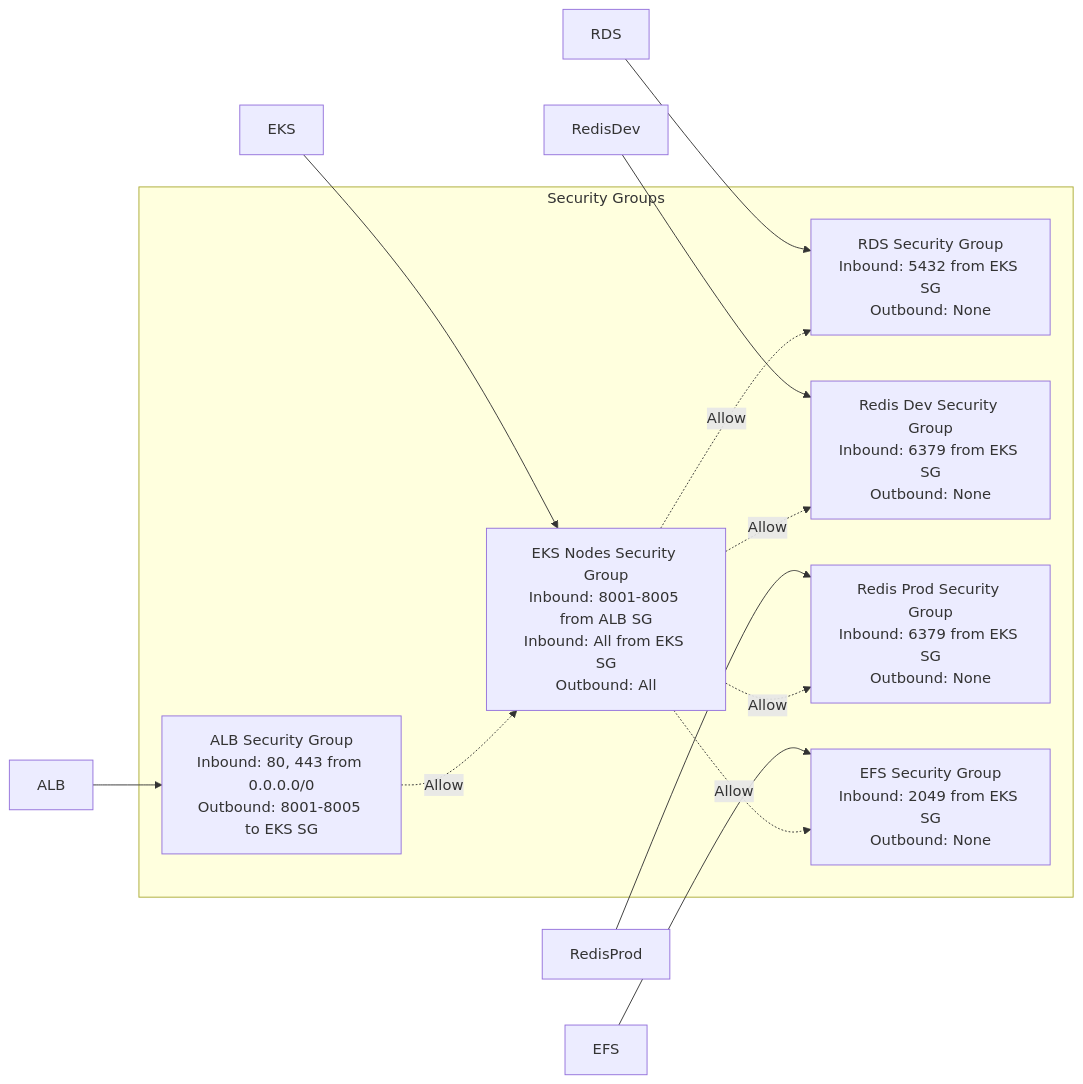
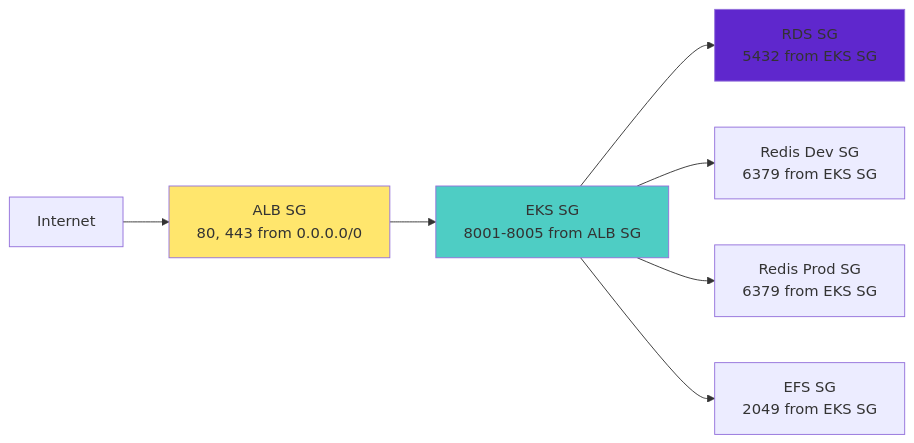
Before and after one commit to Pinksea-AI/InvokeAI: the third of 15 diagrams in docs/final-architecture/01-aws-architecture-diagram.md, drawn with Mermaid. The commit also changed other lines of this file, not shown here.

First line of the commit message:
fix: Simplify Mermaid diagrams in AWS architecture document

````diff
--- a/docs/final-architecture/01-aws-architecture-diagram.md
+++ b/docs/final-architecture/01-aws-architecture-diagram.md
@@ -246,29 +143,13 @@
 ```mermaid
 graph LR
-    subgraph "Security Groups"
-        ALBSG[ALB Security Group<br/>Inbound: 80, 443 from 0.0.0.0/0<br/>Outbound: 8001-8005 to EKS SG]
+    Internet[Internet] --> ALBSG[ALB SG<br/>80, 443 from 0.0.0.0/0]
+    ALBSG --> EKSSG[EKS SG<br/>8001-8005 from ALB SG]
+    EKSSG --> RDSSG[RDS SG<br/>5432 from EKS SG]
+    EKSSG --> RedisDevSG[Redis Dev SG<br/>6379 from EKS SG]
+    EKSSG --> RedisProdSG[Redis Prod SG<br/>6379 from EKS SG]
+    EKSSG --> EFSSG[EFS SG<br/>2049 from EKS SG]
 
-        EKSSG[EKS Nodes Security Group<br/>Inbound: 8001-8005 from ALB SG<br/>Inbound: All from EKS SG<br/>Outbound: All]
-
-        RDSSG[RDS Security Group<br/>Inbound: 5432 from EKS SG<br/>Outbound: None]
-
-        RedisDevSG[Redis Dev Security Group<br/>Inbound: 6379 from EKS SG<br/>Outbound: None]
-
-        RedisProdSG[Redis Prod Security Group<br/>Inbound: 6379 from EKS SG<br/>Outbound: None]
-
-        EFSSG[EFS Security Group<br/>Inbound: 2049 from EKS SG<br/>Outbound: None]
-    end
-
-    ALB --> ALBSG
-    EKS --> EKSSG
-    RDS --> RDSSG
-    RedisDev --> RedisDevSG
-    RedisProd --> RedisProdSG
-    EFS --> EFSSG
-
-    ALBSG -.->|Allow| EKSSG
-    EKSSG -.->|Allow| RDSSG
-    EKSSG -.->|Allow| RedisDevSG
-    EKSSG -.->|Allow| RedisProdSG
-    EKSSG -.->|Allow| EFSSG
+    style ALBSG fill:#FFE66D
+    style EKSSG fill:#4ECDC4
+    style RDSSG fill:#5F27CD
 ```
````
